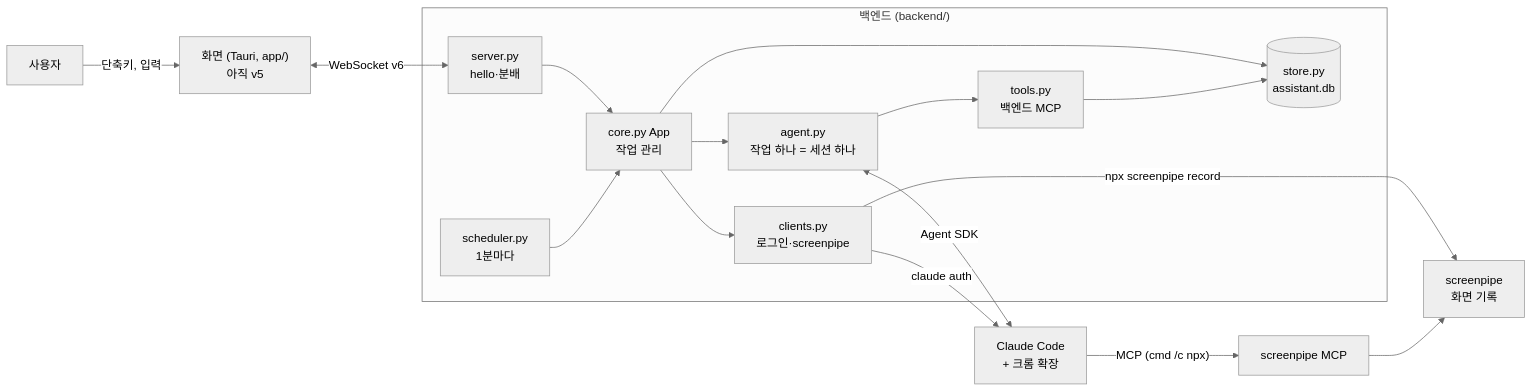
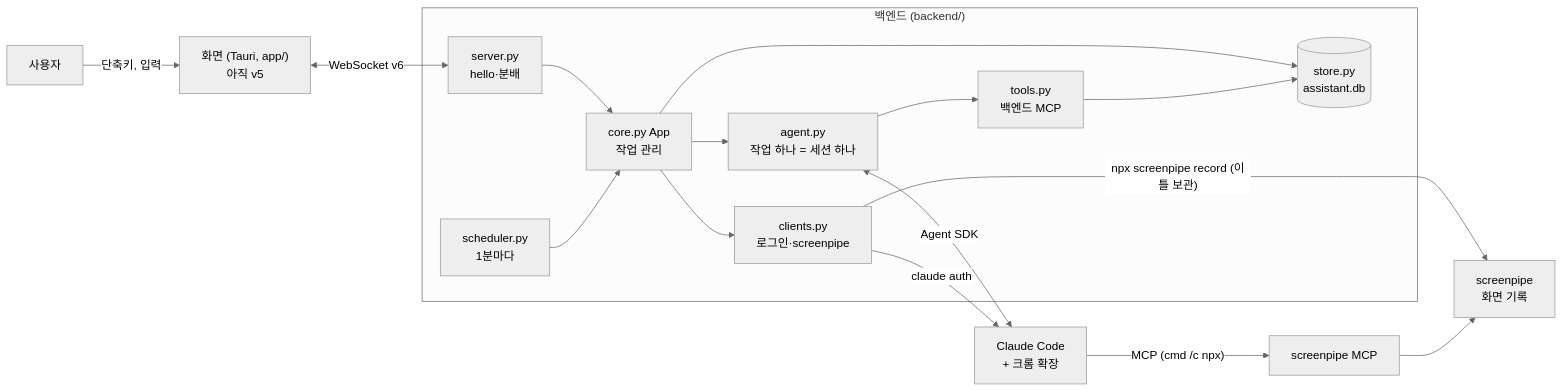
The diagram in ARCHITECTURE.md (HEOSEONGILml/AssistantChatBot), drawn with Mermaid (neutral theme) before and after one commit. The commit also changed 6 other files, not shown here.

````diff
--- a/ARCHITECTURE.md
+++ b/ARCHITECTURE.md
@@ -9,19 +9,19 @@
 ```mermaid
 flowchart LR
   U["사용자"] -->|"단축키, 입력"| APP["화면 (Tauri, app/)<br>아직 v5"]
   APP <-->|"WebSocket v6"| SRV["server.py<br>hello·분배"]
   subgraph B["백엔드 (backend/)"]
     SRV --> CORE["core.py App<br>작업 관리"]
     SCH["scheduler.py<br>1분마다"] --> CORE
     CORE --> ST[("store.py<br>assistant.db")]
     CORE --> AG["agent.py<br>작업 하나 = 세션 하나"]
     AG --> TL["tools.py<br>백엔드 MCP"]
     TL --> ST
     CORE --> CL["clients.py<br>로그인·screenpipe"]
   end
   AG <-->|"Agent SDK"| CC["Claude Code<br>+ 크롬 확장"]
   CC -->|"MCP (cmd /c npx)"| SPM["screenpipe MCP"]
   CL -->|"claude auth"| CC
-  CL -->|"npx screenpipe record"| SP["screenpipe<br>화면 기록"]
+  CL -->|"npx screenpipe record (이틀 보관)"| SP["screenpipe<br>화면 기록"]
   SPM --> SP
 ```
````
